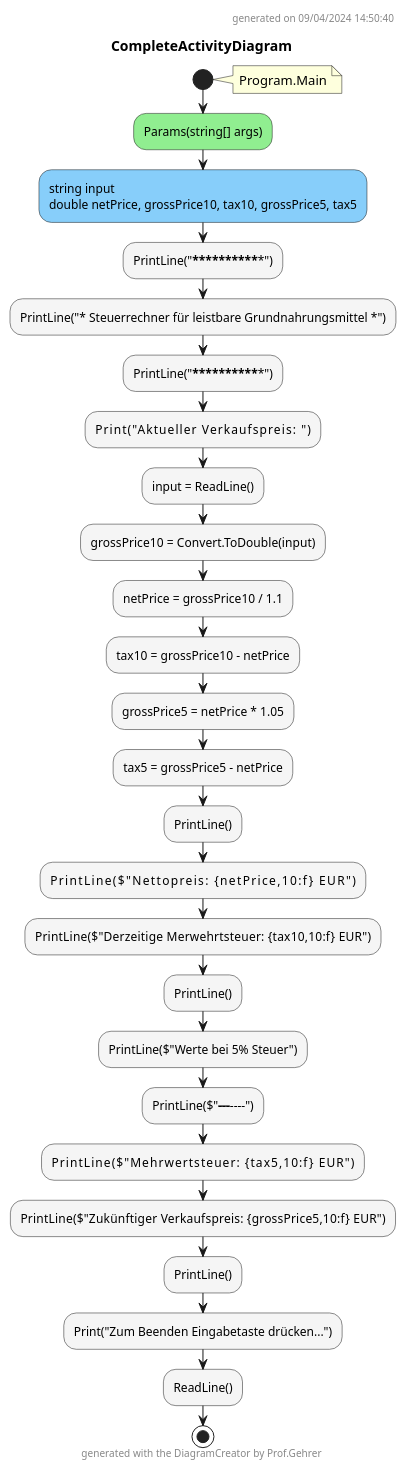
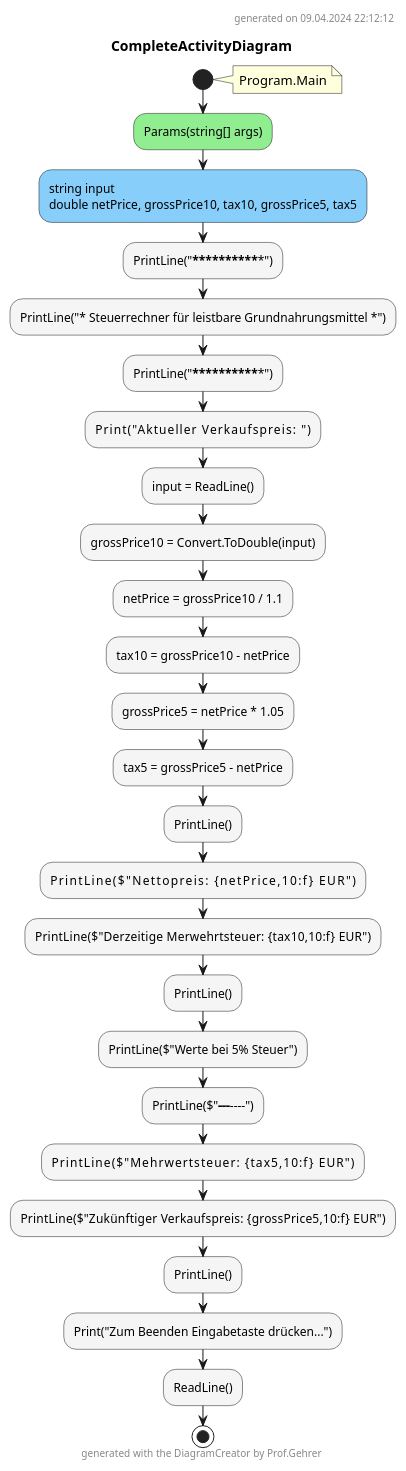
Before and after one commit to leoggehrer/2324-34_ABIF_ACIF_POSE: the diagram in TaxCalculator.ConApp/diagrams/CompleteActivityDiagram.puml, drawn with PlantUML. The commit also changed 479 other files, not shown here.

Commit message:
Updated diagrams.

```diff
--- a/TaxCalculator.ConApp/diagrams/CompleteActivityDiagram.puml
+++ b/TaxCalculator.ConApp/diagrams/CompleteActivityDiagram.puml
@@ -1,35 +1,35 @@
 @startuml CompleteActivityDiagram
 header
-generated on 09/04/2024 14:50:40
+generated on 09.04.2024 22:12:12
 end header
 title CompleteActivityDiagram
 start
 note right:  Program.Main
 #LightGreen:Params(string[] args);
 #LightSkyBlue:string input\ndouble netPrice, grossPrice10, tax10, grossPrice5, tax5;
 #WhiteSmoke:PrintLine("***************************************************");
 #WhiteSmoke:PrintLine("* Steuerrechner für leistbare Grundnahrungsmittel *");
 #WhiteSmoke:PrintLine("***************************************************");
 #WhiteSmoke:Print("Aktueller Verkaufspreis:            ");
 #WhiteSmoke:input = ReadLine();
 #WhiteSmoke:grossPrice10 = Convert.ToDouble(input);
 #WhiteSmoke:netPrice = grossPrice10 / 1.1;
 #WhiteSmoke:tax10 = grossPrice10 - netPrice;
 #WhiteSmoke:grossPrice5 = netPrice * 1.05;
 #WhiteSmoke:tax5 = grossPrice5 - netPrice;
 #WhiteSmoke:PrintLine();
 #WhiteSmoke:PrintLine($"Nettopreis:                    {netPrice,10:f} EUR");
 #WhiteSmoke:PrintLine($"Derzeitige Merwehrtsteuer:     {tax10,10:f} EUR");
 #WhiteSmoke:PrintLine();
 #WhiteSmoke:PrintLine($"Werte bei 5% Steuer");
 #WhiteSmoke:PrintLine($"-------------------");
 #WhiteSmoke:PrintLine($"Mehrwertsteuer:                {tax5,10:f} EUR");
 #WhiteSmoke:PrintLine($"Zukünftiger Verkaufspreis:     {grossPrice5,10:f} EUR");
 #WhiteSmoke:PrintLine();
 #WhiteSmoke:Print("Zum Beenden Eingabetaste drücken...");
 #WhiteSmoke:ReadLine();
 stop
 footer
 generated with the DiagramCreator by Prof.Gehrer
 end footer
 @enduml
```
